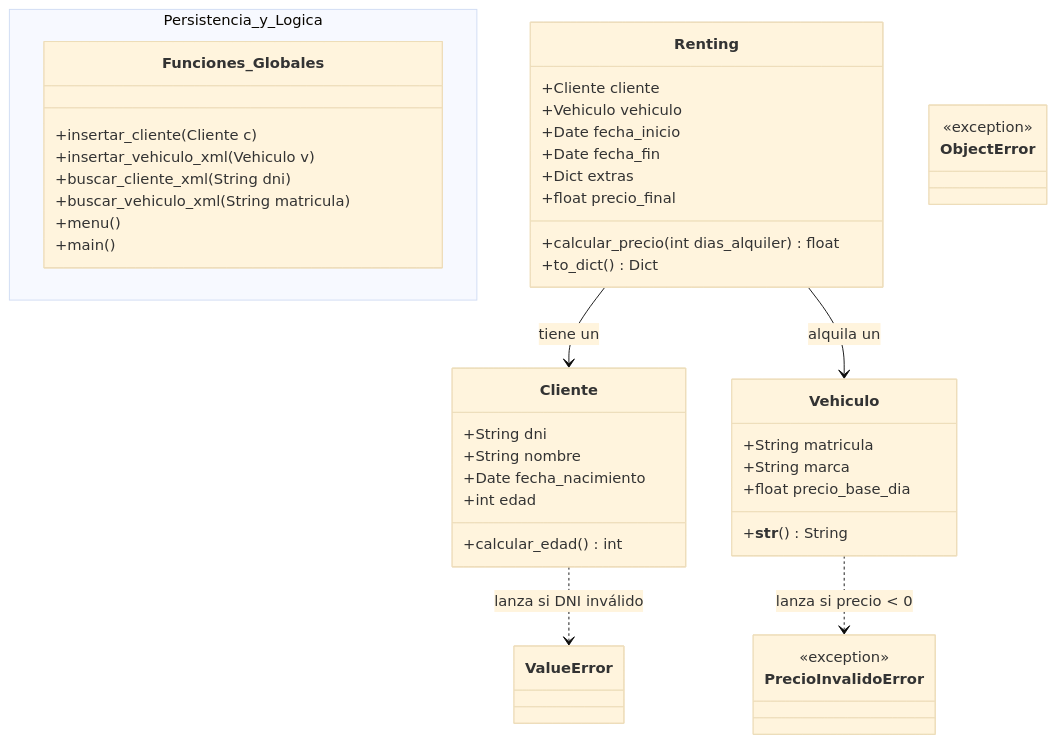
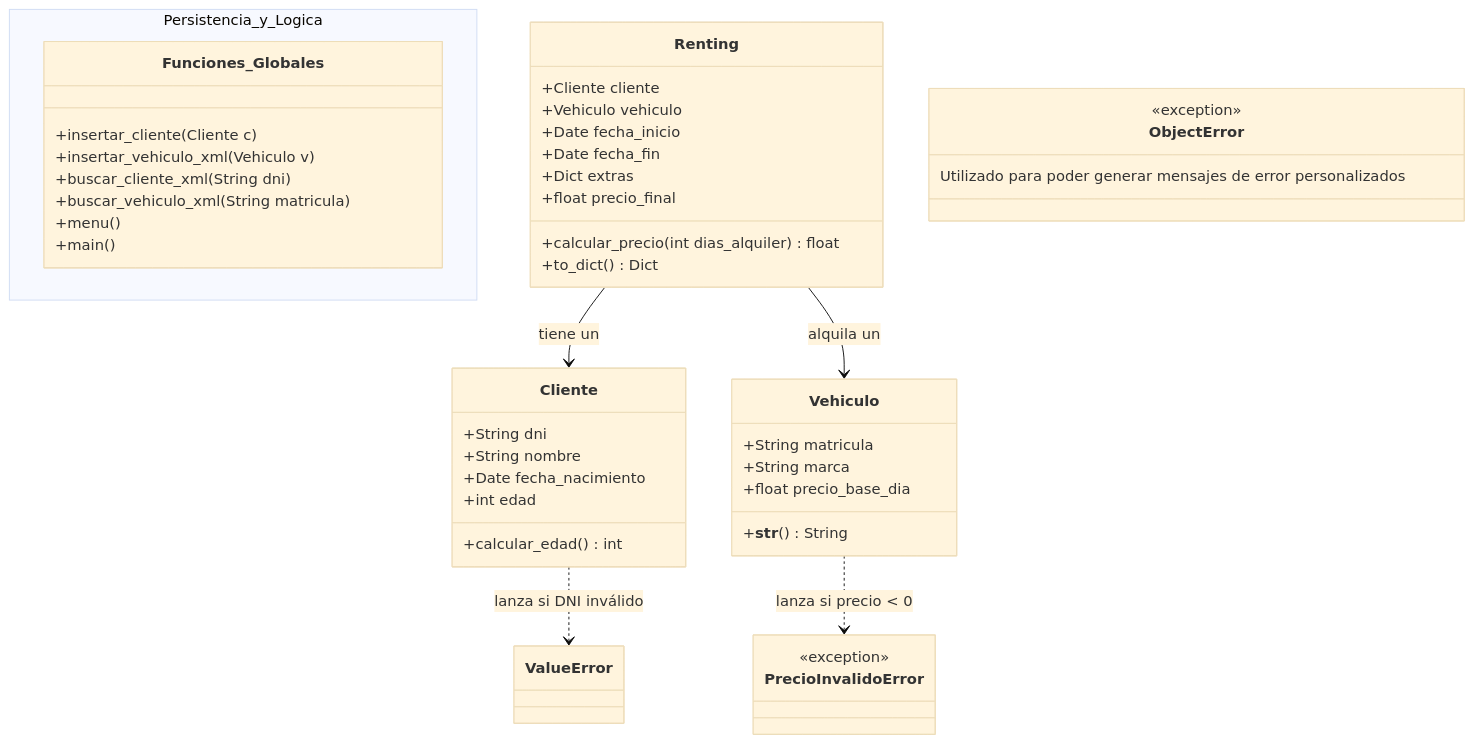
The diagram in README.md (Jockpls/Concesionario), drawn with Mermaid (base theme) before and after one commit. The commit also changed other lines of this file, not shown here.

````diff
--- a/README.md
+++ b/README.md
@@ -74,54 +75,55 @@
 ```mermaid
 classDiagram
     class Cliente {
         +String dni
         +String nombre
         +Date fecha_nacimiento
         +int edad
         +calcular_edad() int
     }
 
     class Vehiculo {
         +String matricula
         +String marca
         +float precio_base_dia
         +__str__() String
     }
 
     class Renting {
         +Cliente cliente
         +Vehiculo vehiculo
         +Date fecha_inicio
         +Date fecha_fin
         +Dict extras
         +float precio_final
         +calcular_precio(int dias_alquiler) float
         +to_dict() Dict
     }
 
     class PrecioInvalidoError {
         <<exception>>
     }
 
     class ObjectError {
         <<exception>>
+        Utilizado para poder generar mensajes de error personalizados
     }
 
     %% Relaciones
     Renting --> Cliente : tiene un
     Renting --> Vehiculo : alquila un
     Vehiculo ..> PrecioInvalidoError : lanza si precio < 0
     Cliente ..> ValueError : lanza si DNI inválido
 
     %% Funciones globales (fuera de clases)
     namespace Persistencia_y_Logica {
         class Funciones_Globales {
             +insertar_cliente(Cliente c)
             +insertar_vehiculo_xml(Vehiculo v)
             +buscar_cliente_xml(String dni)
             +buscar_vehiculo_xml(String matricula)
             +menu()
             +main()
         }
     }
 ```
````
